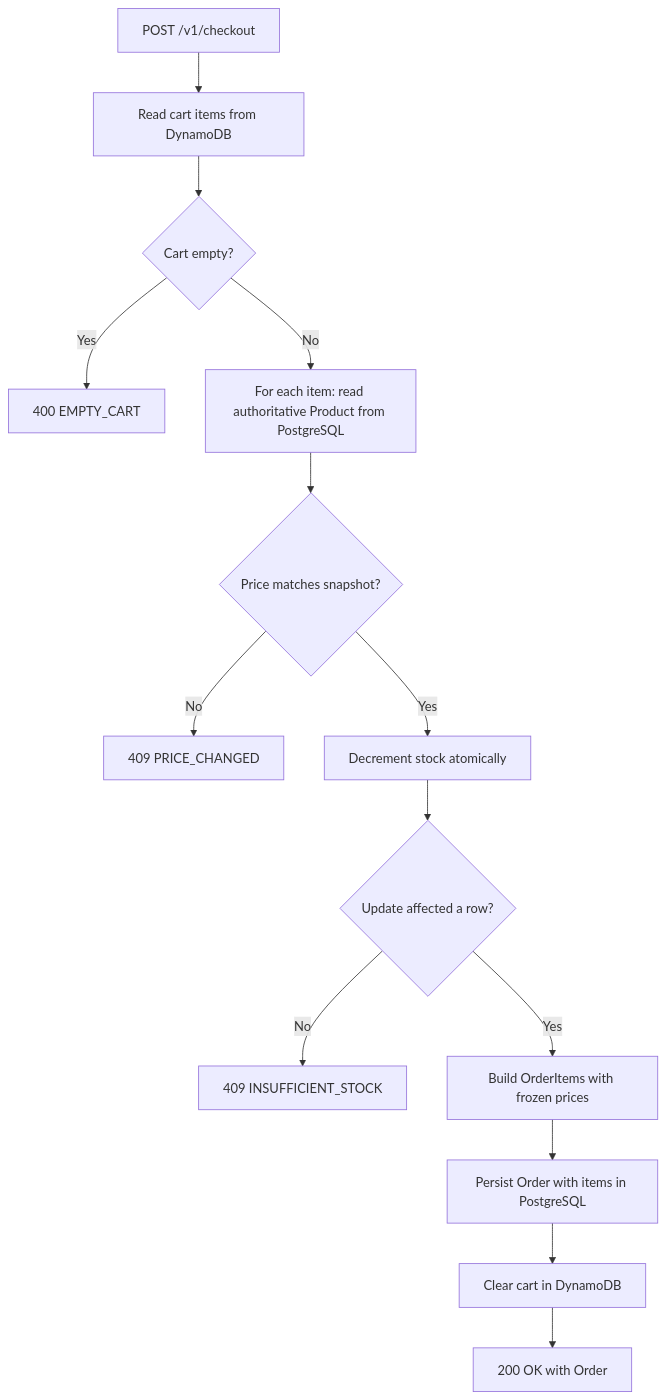
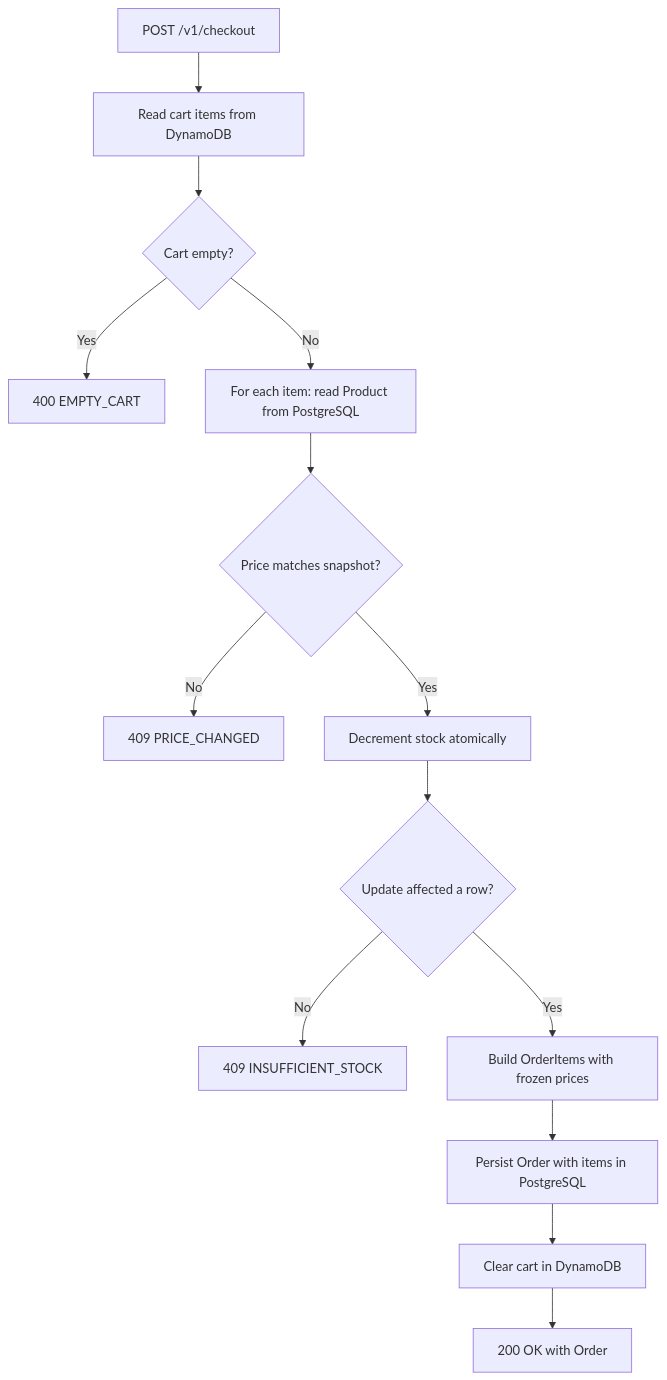
Before and after one commit to pedroheing/ecommerce-cart-api: the second of 2 diagrams in README.md, drawn with Mermaid. The commit also changed other lines of this file, not shown here.

Commit message:
refactor: updates mermaid on readme

````diff
--- a/README.md
+++ b/README.md
@@ -103,19 +101,19 @@
 ```mermaid
 flowchart TD
   A[POST /v1/checkout] --> B[Read cart items from DynamoDB]
   B --> C{Cart empty?}
   C -- Yes --> EMPTY[400 EMPTY_CART]
-  C -- No --> D[For each item: read authoritative Product from PostgreSQL]
+  C -- No --> D[For each item: read Product from PostgreSQL]
 
   D --> E{Price matches snapshot?}
   E -- No --> PRICE[409 PRICE_CHANGED]
   E -- Yes --> F[Decrement stock atomically]
 
   F --> G{Update affected a row?}
   G -- No --> STOCK[409 INSUFFICIENT_STOCK]
   G -- Yes --> H[Build OrderItems with frozen prices]
 
   H --> I[Persist Order with items in PostgreSQL]
   I --> J[Clear cart in DynamoDB]
   J --> K[200 OK with Order]
 ```
````
